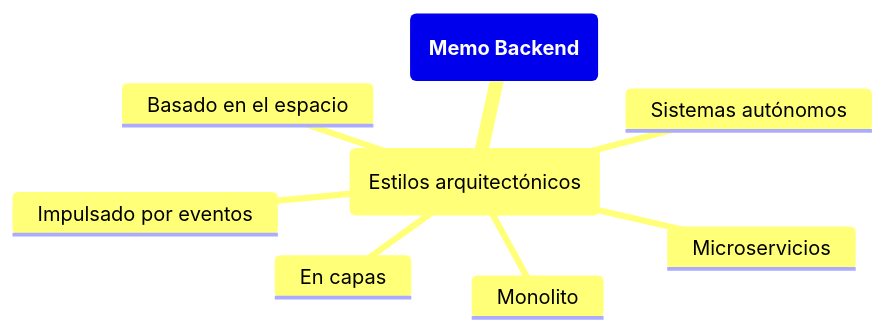
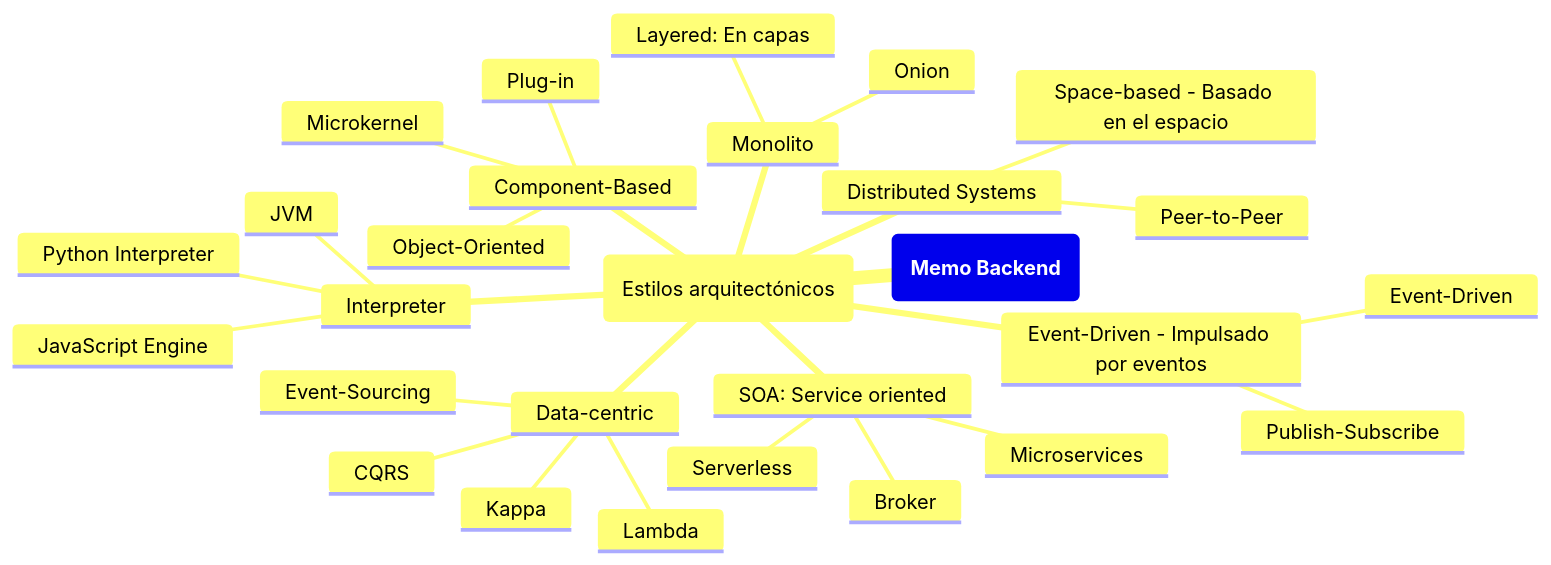
Before and after one commit to urrestarazu-alejandro/memo-backend: the fourth of 4 diagrams in pages/mapamental.md, drawn with Mermaid. The commit also changed other lines of this file, not shown here.

Commit message:
Mapa mental agrego estilos y corrijo los patrones

````diff
--- a/pages/mapamental.md
+++ b/pages/mapamental.md
@@ -92,14 +94,33 @@
 ```mermaid
 mindmap
   root("`**Memo Backend**`")
   ::icon(fas fa-memory)
     id(Estilos arquitectónicos)
     ::icon(fas fa-university)
         Monolito
-        En capas
-        Impulsado por eventos
-        Sistemas autónomos
-        Microservicios
-        Basado en el espacio
-    
+            Onion
+            Layered: En capas
+        SOA: Service oriented 
+            Microservices
+            Broker
+            Serverless
+        Component-Based
+            Microkernel
+            Object-Oriented
+            Plug-in
+        Distributed Systems
+            Peer-to-Peer
+            Space-based - Basado en el espacio
+        Event-Driven - Impulsado por eventos
+            Publish-Subscribe
+            Event-Driven
+        Interpreter
+            Python Interpreter
+            JavaScript Engine 
+            JVM
+        Data-centric
+            CQRS
+            Event-Sourcing
+            Kappa
+            Lambda
 ```  
````
